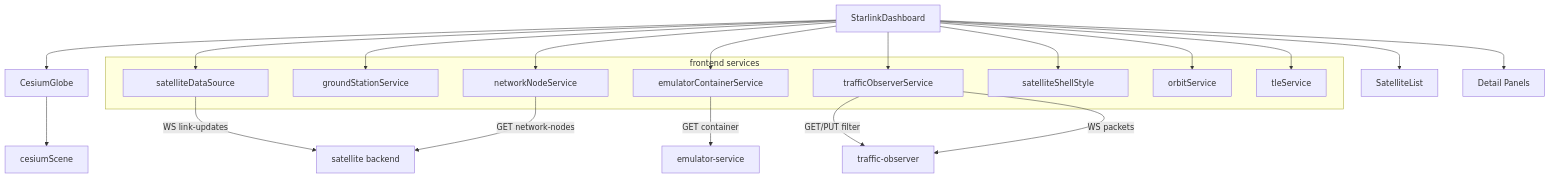
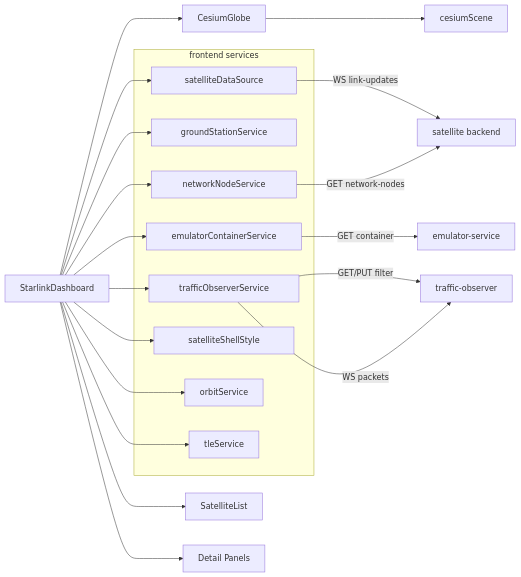
One commit to cy-gitlab/seed-visualization changed the third of 10 diagrams in docs/architecture.md. Above: the diagram before and after it, drawn with Mermaid.

````diff
--- a/docs/architecture.md
+++ b/docs/architecture.md
@@ -93,40 +93,40 @@
 ```mermaid
 %%{init: {"flowchart": {"useMaxWidth": true, "htmlLabels": true}} }%%
-flowchart TB
+flowchart LR
   Dashboard["StarlinkDashboard"]
   Globe["CesiumGlobe"]
   Scene["cesiumScene"]
   SatList["SatelliteList"]
   Panels["Detail Panels"]
 
   Dashboard --> Globe
   Globe --> Scene
   Dashboard --> SatList
   Dashboard --> Panels
 
   subgraph DataServices["frontend services"]
     SatDS["<div style='min-width:230px;white-space:nowrap'>satelliteDataSource</div>"]
     GroundSvc["<div style='min-width:230px;white-space:nowrap'>groundStationService</div>"]
     NetworkNodeSvc["<div style='min-width:230px;white-space:nowrap'>networkNodeService</div>"]
     ContainerSvc["<div style='min-width:250px;white-space:nowrap'>emulatorContainerService</div>"]
     TrafficSvc["<div style='min-width:240px;white-space:nowrap'>trafficObserverService</div>"]
     ShellStyle["<div style='min-width:220px;white-space:nowrap'>satelliteShellStyle</div>"]
     OrbitSvc["orbitService"]
     TleSvc["tleService"]
   end
 
   Dashboard --> SatDS
   Dashboard --> GroundSvc
   Dashboard --> NetworkNodeSvc
   Dashboard --> ContainerSvc
   Dashboard --> TrafficSvc
   Dashboard --> ShellStyle
   Dashboard --> OrbitSvc
   Dashboard --> TleSvc
 
   SatDS -->|"WS link-updates"| SatBackend["satellite backend"]
   NetworkNodeSvc -->|"GET network-nodes"| SatBackend
   ContainerSvc -->|"GET container"| EmulatorService["emulator-service"]
   TrafficSvc -->|"GET/PUT filter"| TrafficObserver["traffic-observer"]
   TrafficSvc -->|"WS packets"| TrafficObserver
 ```
````
